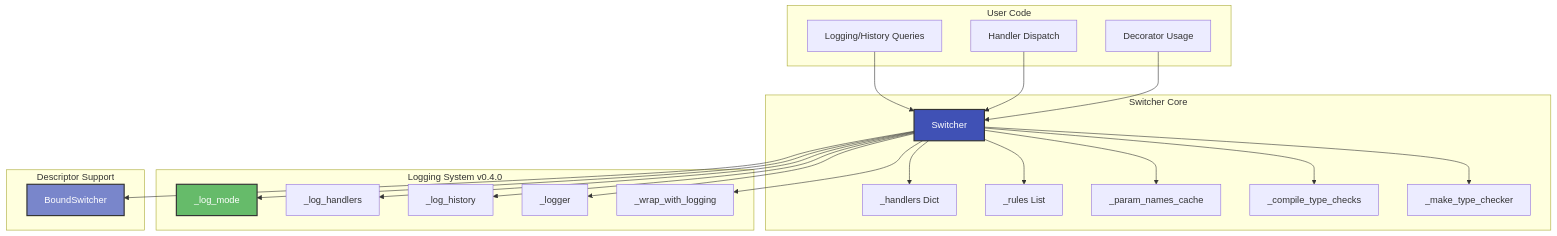
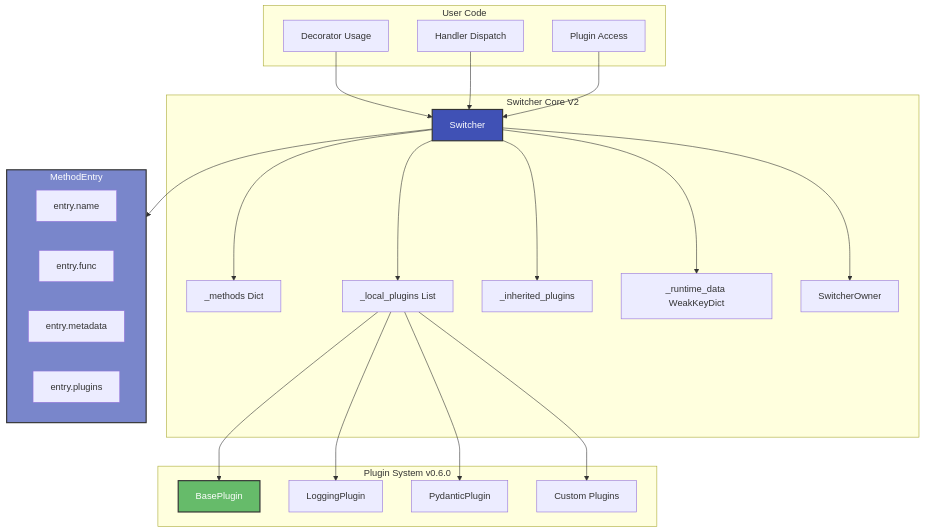
Before and after one commit to genropy/smartswitch: the first of 5 diagrams in docs/appendix/architecture.md, drawn with Mermaid. The commit also changed other lines of this file and 9 other files, not shown here.

First line of the commit message:
docs: align documentation with V2 architecture and add comprehensive tests

````diff
--- a/docs/appendix/architecture.md
+++ b/docs/appendix/architecture.md
@@ -9,48 +9,49 @@
 ```mermaid
 graph TB
     subgraph UserCode[User Code]
         U1[Decorator Usage]
         U2[Handler Dispatch]
-        U3[Logging/History Queries]
+        U3[Plugin Access]
     end
 
-    subgraph SwitcherCore[Switcher Core]
+    subgraph SwitcherCore[Switcher Core V2]
         SW[Switcher]
-        HD[_handlers Dict]
-        RL[_rules List]
-        PC[_param_names_cache]
-        CT[_compile_type_checks]
-        MT[_make_type_checker]
+        ME[_methods Dict]
+        PL[_local_plugins List]
+        IP[_inherited_plugins]
+        RD[_runtime_data WeakKeyDict]
+        SO[SwitcherOwner]
     end
 
-    subgraph LoggingSystem[Logging System v0.4.0]
-        LM[_log_mode]
-        LH[_log_handlers]
-        LF[_log_history]
-        LG[_logger]
-        WL[_wrap_with_logging]
+    subgraph PluginSystem[Plugin System v0.6.0]
+        BP[BasePlugin]
+        LP[LoggingPlugin]
+        PP[PydanticPlugin]
+        CP[Custom Plugins]
     end
 
-    subgraph DescriptorSupport[Descriptor Support]
-        BS[BoundSwitcher]
+    subgraph MethodEntry[MethodEntry]
+        EN[entry.name]
+        EF[entry.func]
+        EM[entry.metadata]
+        EP[entry.plugins]
     end
 
     U1 --> SW
     U2 --> SW
     U3 --> SW
-    SW --> HD
-    SW --> RL
-    SW --> PC
-    SW --> CT
-    SW --> MT
-    SW --> BS
-    SW --> LM
-    SW --> LH
-    SW --> LF
-    SW --> LG
-    SW --> WL
+    SW --> ME
+    SW --> PL
+    SW --> IP
+    SW --> RD
+    SW --> SO
+    SW --> MethodEntry
+    PL --> BP
+    PL --> LP
+    PL --> PP
+    PL --> CP
 
     style SW fill:#4051b5,stroke:#333,stroke-width:2px,color:#fff
-    style BS fill:#7986cb,stroke:#333,stroke-width:2px,color:#fff
-    style LM fill:#66bb6a,stroke:#333,stroke-width:2px,color:#fff
+    style MethodEntry fill:#7986cb,stroke:#333,stroke-width:2px,color:#fff
+    style BP fill:#66bb6a,stroke:#333,stroke-width:2px,color:#fff
 ```
````
